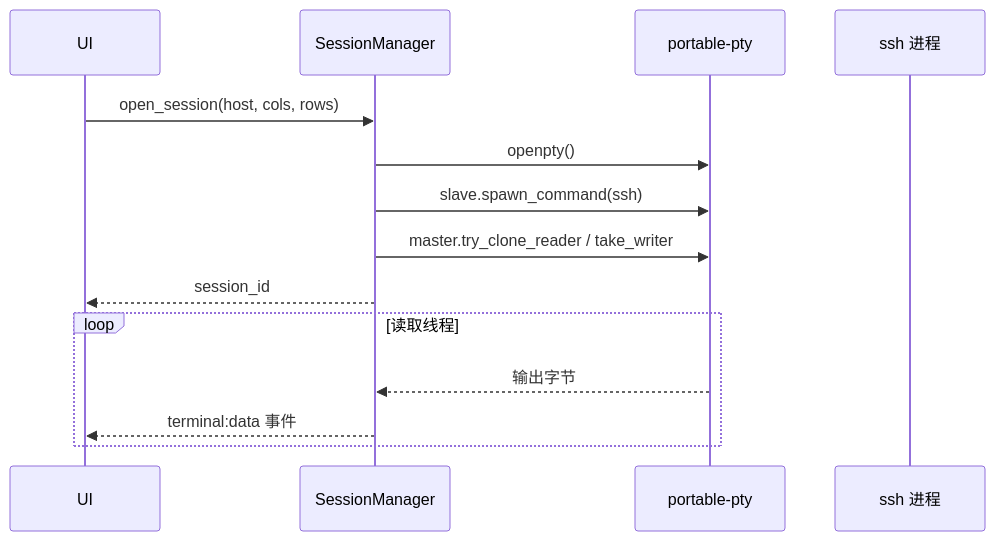
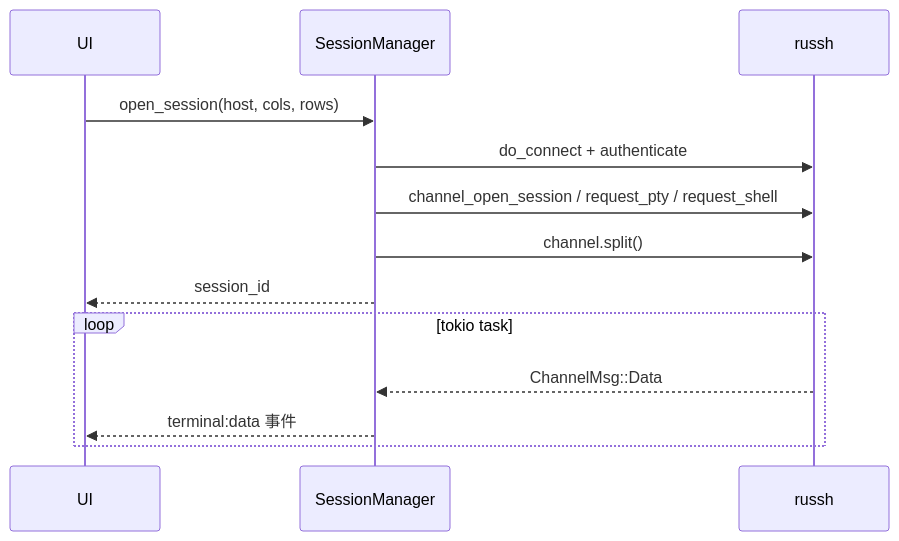
Before and after one commit to shaguocgl/buff-term: the diagram in docs/实现细节.md, drawn with Mermaid. The commit also changed other lines of this file and 8 other files, not shown here.

Commit message:
refactor: SFTP 切换到 russh-sftp，彻底移除系统 OpenSSH/sftp

````diff
--- a/docs/实现细节.md
+++ b/docs/实现细节.md
@@ -91,16 +91,15 @@
 ```mermaid
 sequenceDiagram
   participant UI
   participant SM as SessionManager
-  participant PTY as portable-pty
-  participant SSH as ssh 进程
+  participant RSH as russh
   UI->>SM: open_session(host, cols, rows)
-  SM->>PTY: openpty()
-  SM->>PTY: slave.spawn_command(ssh)
-  SM->>PTY: master.try_clone_reader / take_writer
+  SM->>RSH: do_connect + authenticate
+  SM->>RSH: channel_open_session / request_pty / request_shell
+  SM->>RSH: channel.split()
   SM-->>UI: session_id
-  loop 读取线程
-    PTY-->>SM: 输出字节
+  loop tokio task
+    RSH-->>SM: ChannelMsg::Data
     SM-->>UI: terminal:data 事件
   end
 ```
````
